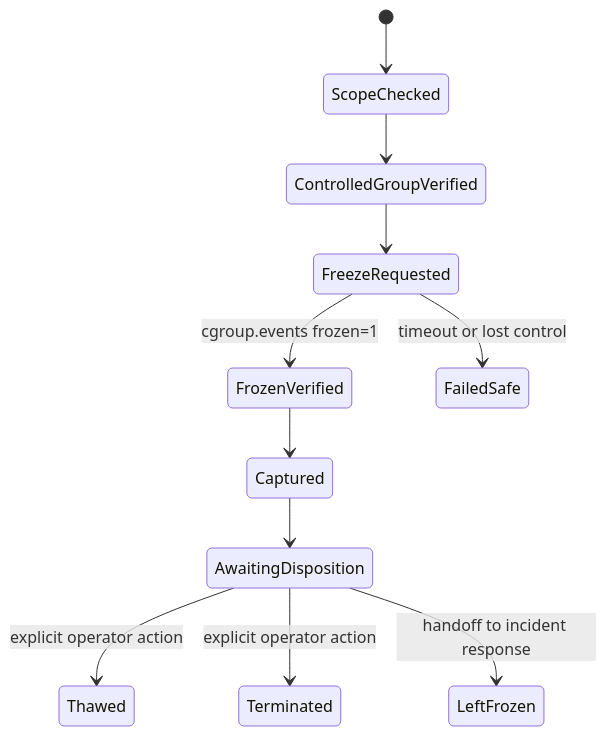
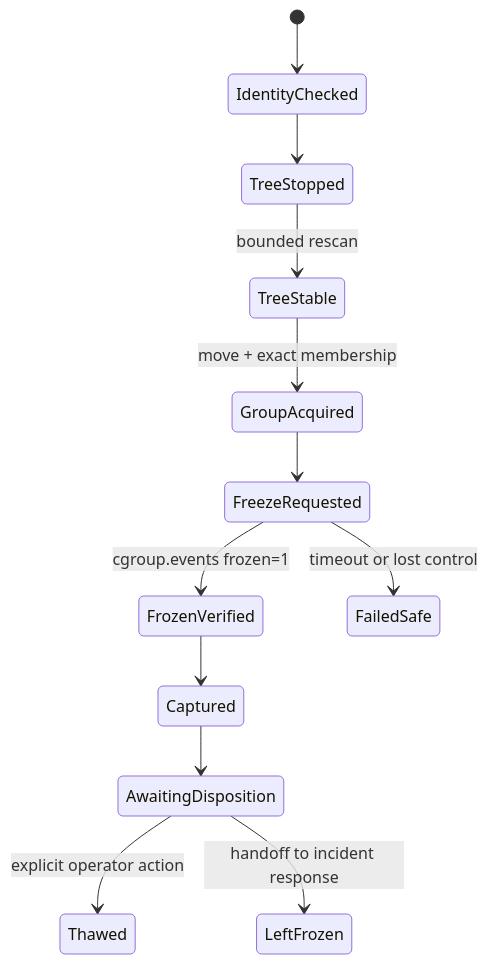
One commit to Z-e-r-0-n/process-stasis changed the fourth of 5 diagrams in docs/ARCHITECTURE.md. Above: the diagram before and after it, drawn with Mermaid. The commit also changed other lines of this file and 25 other files, not shown here.

````diff
--- a/docs/ARCHITECTURE.md
+++ b/docs/ARCHITECTURE.md
@@ -110,13 +109,14 @@
 ```mermaid
 stateDiagram-v2
-    [*] --> ScopeChecked
-    ScopeChecked --> ControlledGroupVerified
-    ControlledGroupVerified --> FreezeRequested
+    [*] --> IdentityChecked
+    IdentityChecked --> TreeStopped
+    TreeStopped --> TreeStable: bounded rescan
+    TreeStable --> GroupAcquired: move + exact membership
+    GroupAcquired --> FreezeRequested
     FreezeRequested --> FrozenVerified: cgroup.events frozen=1
     FreezeRequested --> FailedSafe: timeout or lost control
     FrozenVerified --> Captured
     Captured --> AwaitingDisposition
     AwaitingDisposition --> Thawed: explicit operator action
-    AwaitingDisposition --> Terminated: explicit operator action
     AwaitingDisposition --> LeftFrozen: handoff to incident response
 ```
````
